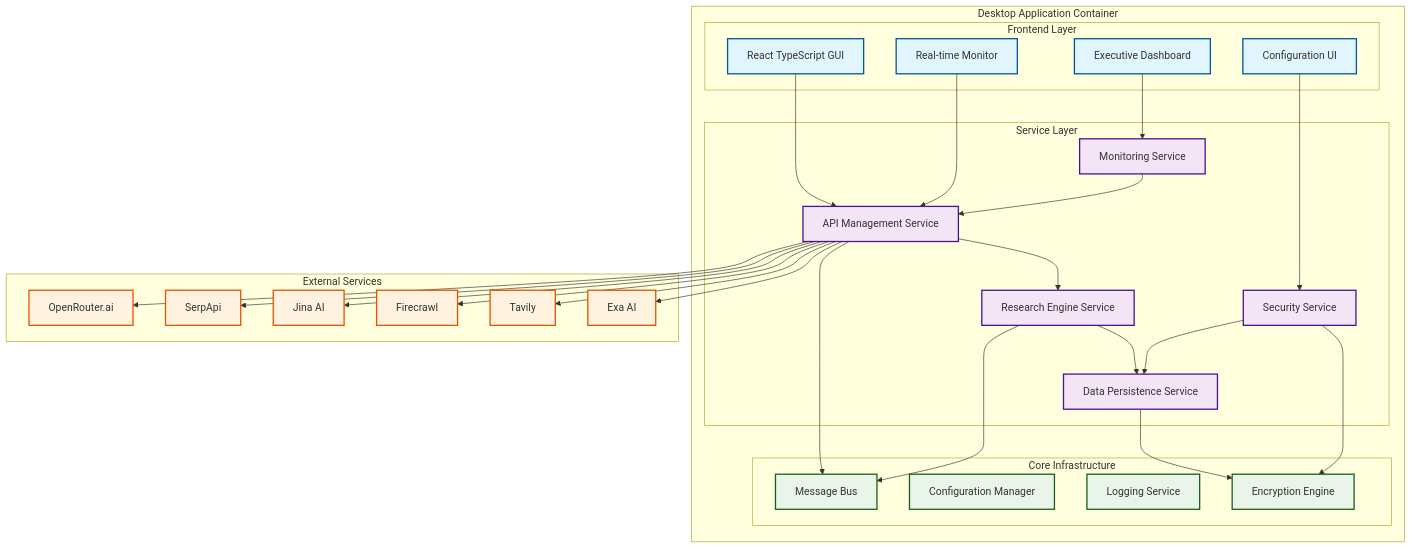
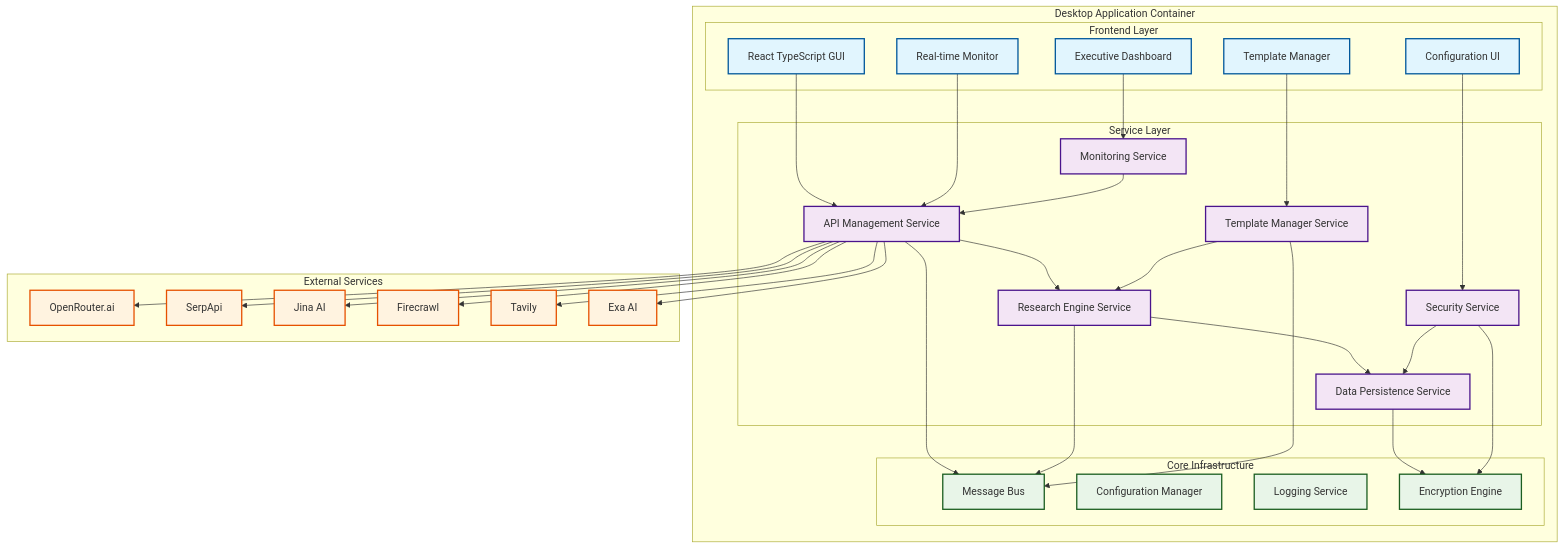
Before and after one commit to usemanusai/free-deep-research: the first of 2 diagrams in bmad-agent/free-deep-research/README.md, drawn with Mermaid. The commit also changed other lines of this file and 1 other file, not shown here.

First line of the commit message:
feat: add comprehensive README with architecture diagrams and usage examples

````diff
--- a/bmad-agent/free-deep-research/README.md
+++ b/bmad-agent/free-deep-research/README.md
@@ -98,72 +84,77 @@
 ```mermaid
 flowchart TB
     subgraph "Desktop Application Container"
         subgraph "Frontend Layer"
             GUI[React TypeScript GUI]
             Dashboard[Executive Dashboard]
+            Templates[Template Manager]
             Monitor[Real-time Monitor]
             Config[Configuration UI]
         end
 
         subgraph "Service Layer"
             API_MGR[API Management Service]
             RESEARCH[Research Engine Service]
+            TEMPLATE_MGR[Template Manager Service]
             DATA[Data Persistence Service]
             MONITOR_SVC[Monitoring Service]
             SECURITY[Security Service]
         end
 
         subgraph "Core Infrastructure"
             MSG_BUS[Message Bus]
             CONFIG_MGR[Configuration Manager]
             LOG_SVC[Logging Service]
             CRYPTO[Encryption Engine]
         end
     end
 
     subgraph "External Services"
         OPENROUTER[OpenRouter.ai]
         SERPAPI[SerpApi]
         JINA[Jina AI]
         FIRECRAWL[Firecrawl]
         TAVILY[Tavily]
         EXA[Exa AI]
     end
 
     %% Frontend connections
     GUI --> API_MGR
     Dashboard --> MONITOR_SVC
+    Templates --> TEMPLATE_MGR
     Monitor --> API_MGR
     Config --> SECURITY
 
     %% Service layer connections
     API_MGR --> RESEARCH
+    TEMPLATE_MGR --> RESEARCH
     RESEARCH --> DATA
     MONITOR_SVC --> API_MGR
     SECURITY --> DATA
 
     %% Infrastructure connections
     API_MGR --> MSG_BUS
     RESEARCH --> MSG_BUS
+    TEMPLATE_MGR --> MSG_BUS
     DATA --> CRYPTO
     SECURITY --> CRYPTO
 
     %% External service connections
     API_MGR --> OPENROUTER
     API_MGR --> SERPAPI
     API_MGR --> JINA
     API_MGR --> FIRECRAWL
     API_MGR --> TAVILY
     API_MGR --> EXA
 
     %% Styling
     classDef frontend fill:#e1f5fe,stroke:#01579b,stroke-width:2px
     classDef service fill:#f3e5f5,stroke:#4a148c,stroke-width:2px
     classDef infrastructure fill:#e8f5e8,stroke:#1b5e20,stroke-width:2px
     classDef external fill:#fff3e0,stroke:#e65100,stroke-width:2px
 
-    class GUI,Dashboard,Monitor,Config frontend
-    class API_MGR,RESEARCH,DATA,MONITOR_SVC,SECURITY service
+    class GUI,Dashboard,Templates,Monitor,Config frontend
+    class API_MGR,RESEARCH,TEMPLATE_MGR,DATA,MONITOR_SVC,SECURITY service
     class MSG_BUS,CONFIG_MGR,LOG_SVC,CRYPTO infrastructure
     class OPENROUTER,SERPAPI,JINA,FIRECRAWL,TAVILY,EXA external
 ```
````
